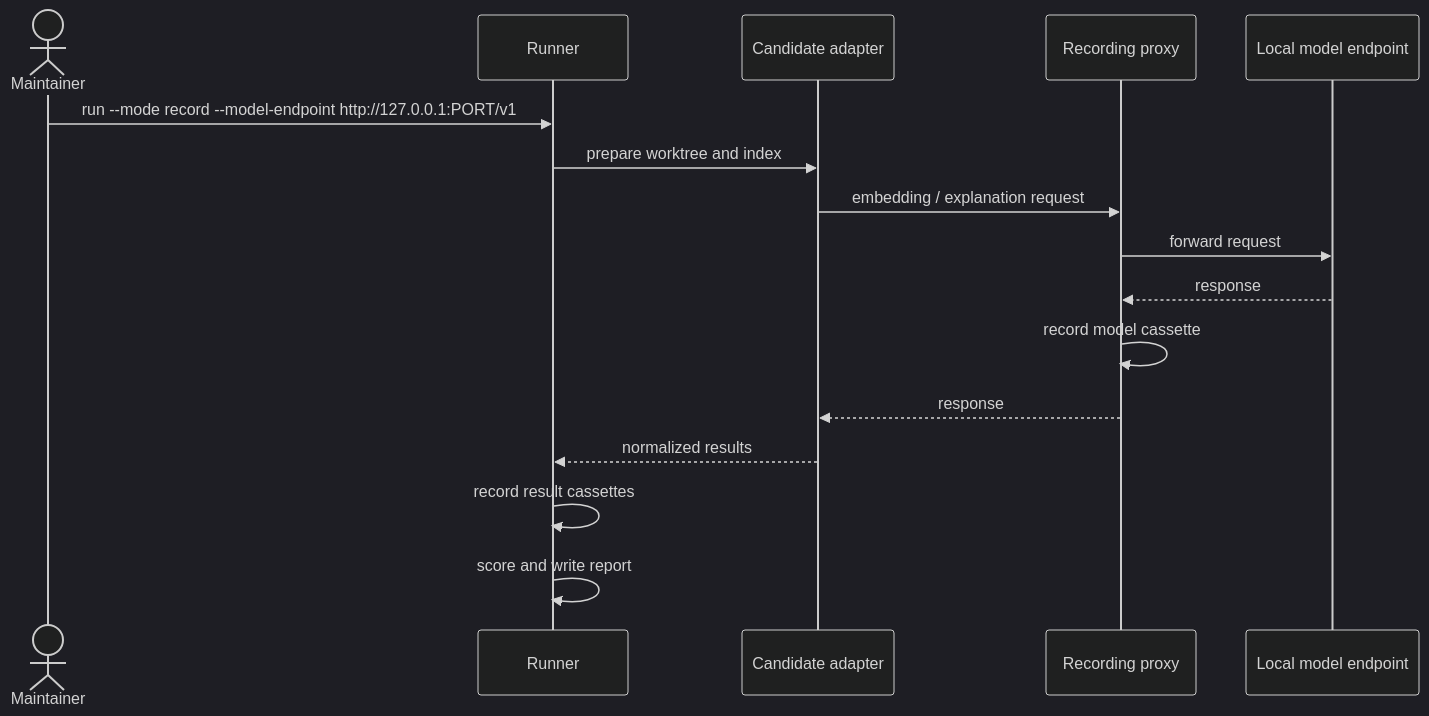
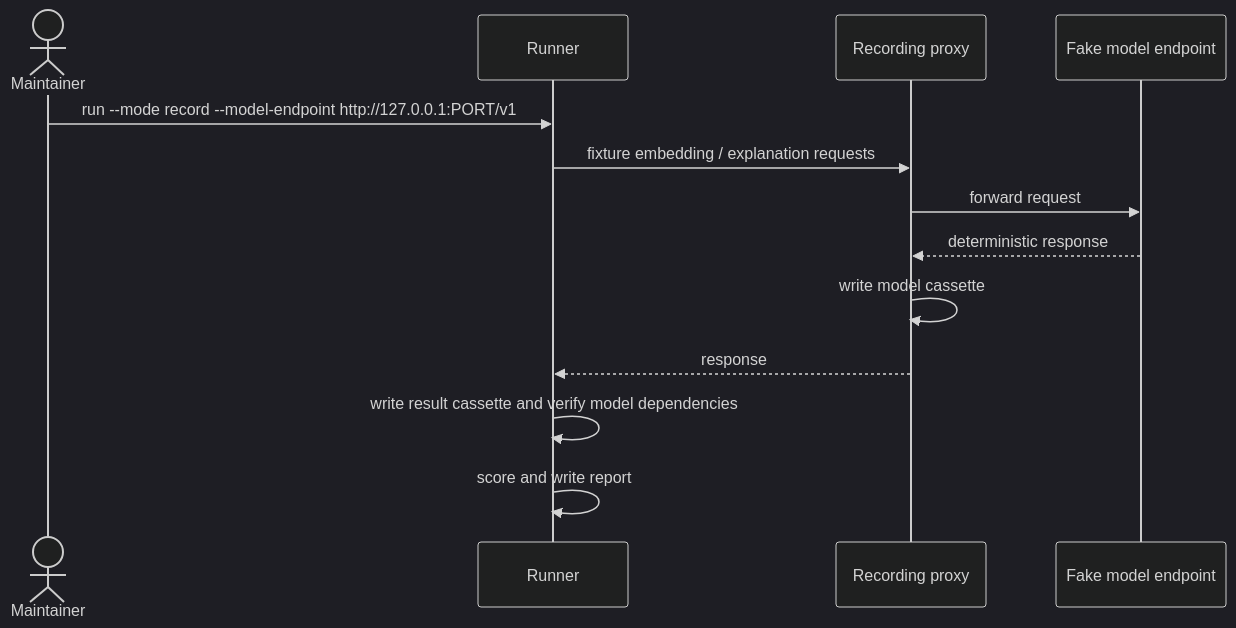
One commit to kressnerd/ortsinn changed the second of 4 diagrams in docs/arc42/06-runtime-view.md. Above: the diagram before and after it, drawn with Mermaid (dark theme). The commit also changed other lines of this file and 29 other files, not shown here.

First line of the commit message:
docs(benchmark): record the fixture split and hardened review

````diff
--- a/docs/arc42/06-runtime-view.md
+++ b/docs/arc42/06-runtime-view.md
@@ -48,18 +52,15 @@
 ```mermaid
 sequenceDiagram
     actor M as Maintainer
     participant R as Runner
-    participant A as Candidate adapter
     participant P as Recording proxy
-    participant E as Local model endpoint
+    participant E as Fake model endpoint
     M->>R: run --mode record --model-endpoint http://127.0.0.1:PORT/v1
-    R->>A: prepare worktree and index
-    A->>P: embedding / explanation request
+    R->>P: fixture embedding / explanation requests
     P->>E: forward request
-    E-->>P: response
-    P->>P: record model cassette
-    P-->>A: response
-    A-->>R: normalized results
-    R->>R: record result cassettes
+    E-->>P: deterministic response
+    P->>P: write model cassette
+    P-->>R: response
+    R->>R: write result cassette and verify model dependencies
     R->>R: score and write report
 ```
````
